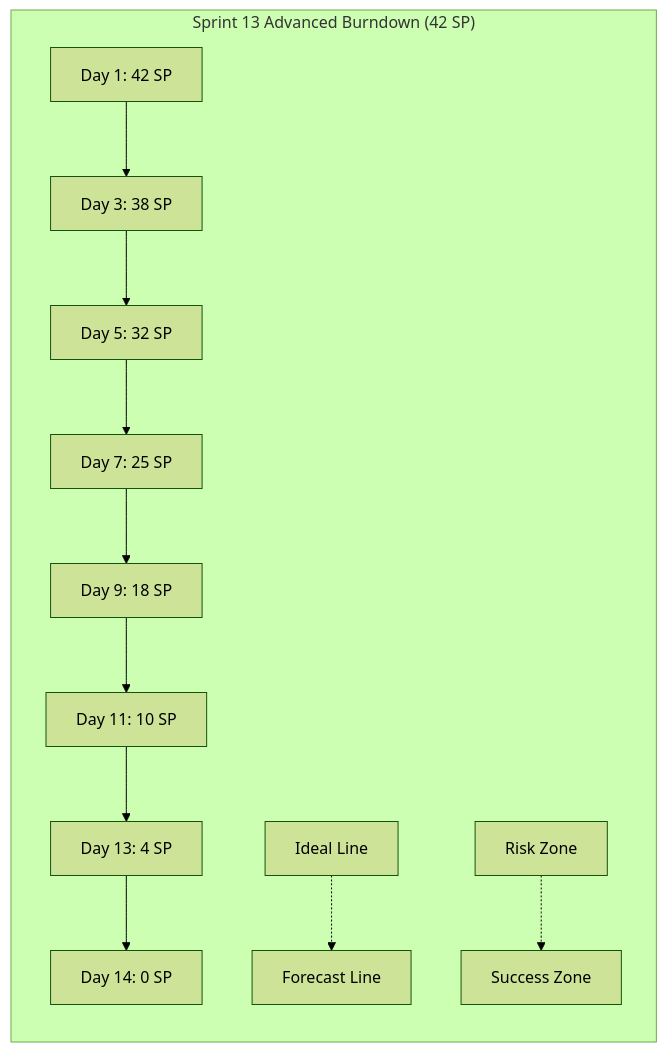
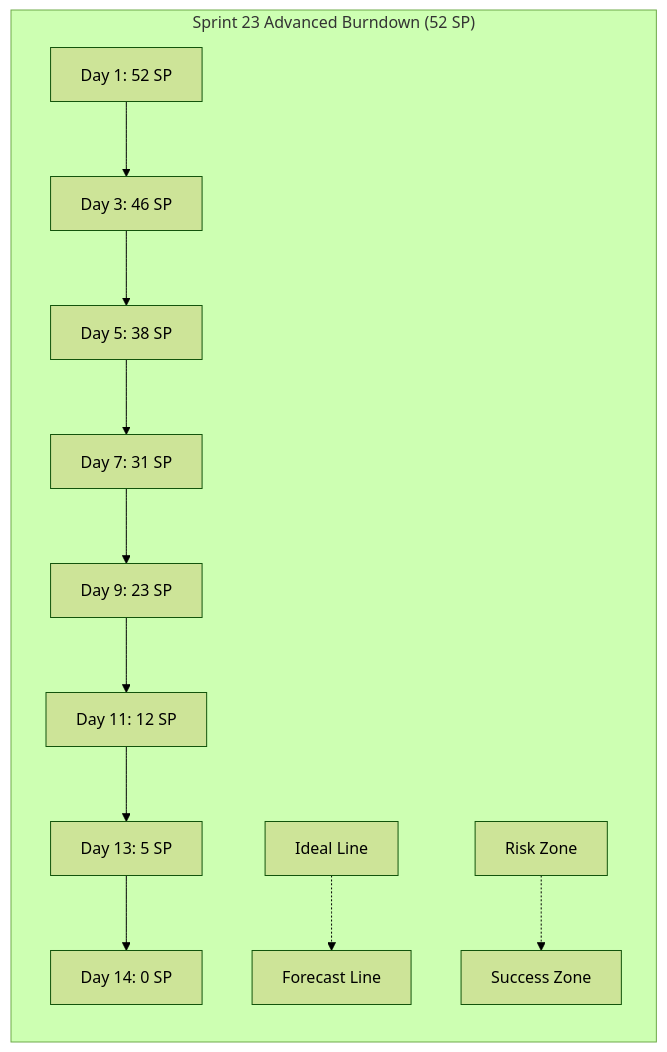
The eighth of 9 diagrams in project-management/reports/team-dashboard.md (HOW2AI-AGENCY/albert3-muse-synth-studio), drawn with Mermaid (forest theme) before and after one commit. The commit also changed other lines of this file and 6 other files, not shown here.

````diff
--- a/project-management/reports/team-dashboard.md
+++ b/project-management/reports/team-dashboard.md
@@ -585,15 +586,15 @@
 ```mermaid
 graph LR
-    subgraph "Sprint 13 Advanced Burndown (42 SP)"
-        A[Day 1: 42 SP] --> B[Day 3: 38 SP]
-        B --> C[Day 5: 32 SP]
-        C --> D[Day 7: 25 SP]
-        D --> E[Day 9: 18 SP]
-        E --> F[Day 11: 10 SP]
-        F --> G[Day 13: 4 SP]
+    subgraph "Sprint 23 Advanced Burndown (52 SP)"
+        A[Day 1: 52 SP] --> B[Day 3: 46 SP]
+        B --> C[Day 5: 38 SP]
+        C --> D[Day 7: 31 SP]
+        D --> E[Day 9: 23 SP]
+        E --> F[Day 11: 12 SP]
+        F --> G[Day 13: 5 SP]
         G --> H[Day 14: 0 SP]
-        
+
         I[Ideal Line] -.-> J[Forecast Line]
         K[Risk Zone] -.-> L[Success Zone]
     end
 ```
````
